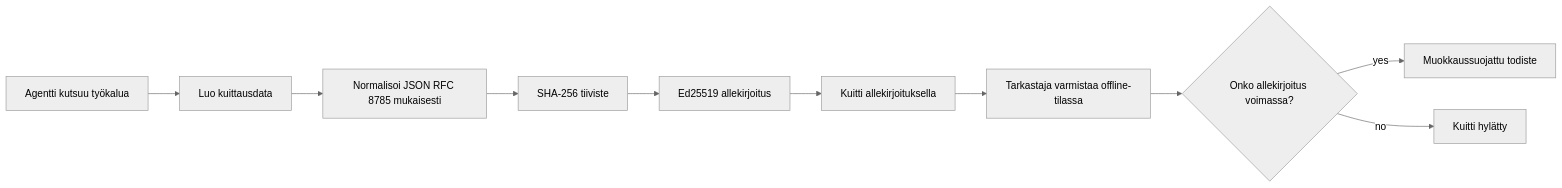
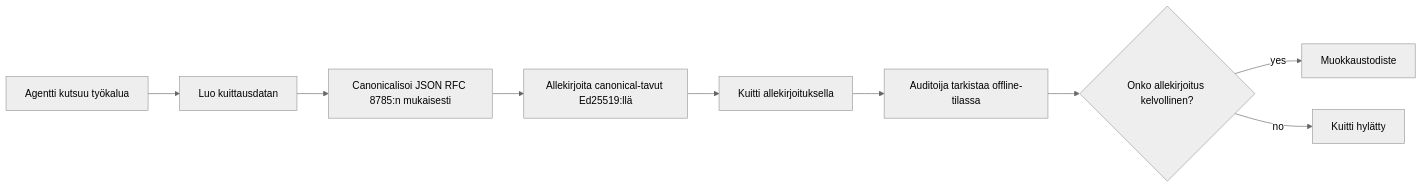
Before and after one commit to microsoft/ai-agents-for-beginners: the first of 2 diagrams in translations/fi/18-securing-ai-agents/README.md, drawn with Mermaid (neutral theme). The commit also changed other lines of this file and 47 other files, not shown here.

````diff
--- a/translations/fi/18-securing-ai-agents/README.md
+++ b/translations/fi/18-securing-ai-agents/README.md
@@ -51,12 +51,11 @@
 ```mermaid
 flowchart LR
-    A[Agentti kutsuu työkalua] --> B[Luo kuittausdata]
-    B --> C[Normalisoi JSON RFC 8785 mukaisesti]
-    C --> D[SHA-256 tiiviste]
-    D --> E[Ed25519 allekirjoitus]
+    A[Agentti kutsuu työkalua] --> B[Luo kuittausdatan]
+    B --> C[Canonicalisoi JSON RFC 8785:n mukaisesti]
+    C --> E[Allekirjoita canonical-tavut Ed25519:llä]
     E --> F[Kuitti allekirjoituksella]
-    F --> G[Tarkastaja varmistaa offline-tilassa]
-    G --> H{Onko allekirjoitus voimassa?}
-    H -- yes --> I[Muokkaussuojattu todiste]
+    F --> G[Auditoija tarkistaa offline-tilassa]
+    G --> H{Onko allekirjoitus kelvollinen?}
+    H -- yes --> I[Muokkaustodiste]
     H -- no --> J[Kuitti hylätty]
 ```
````
